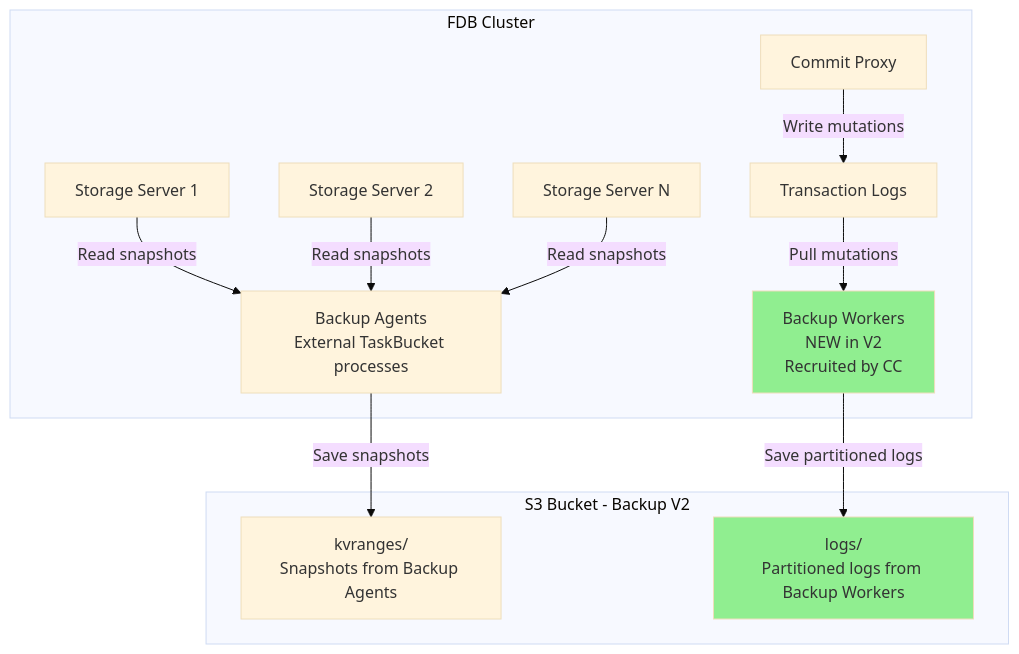
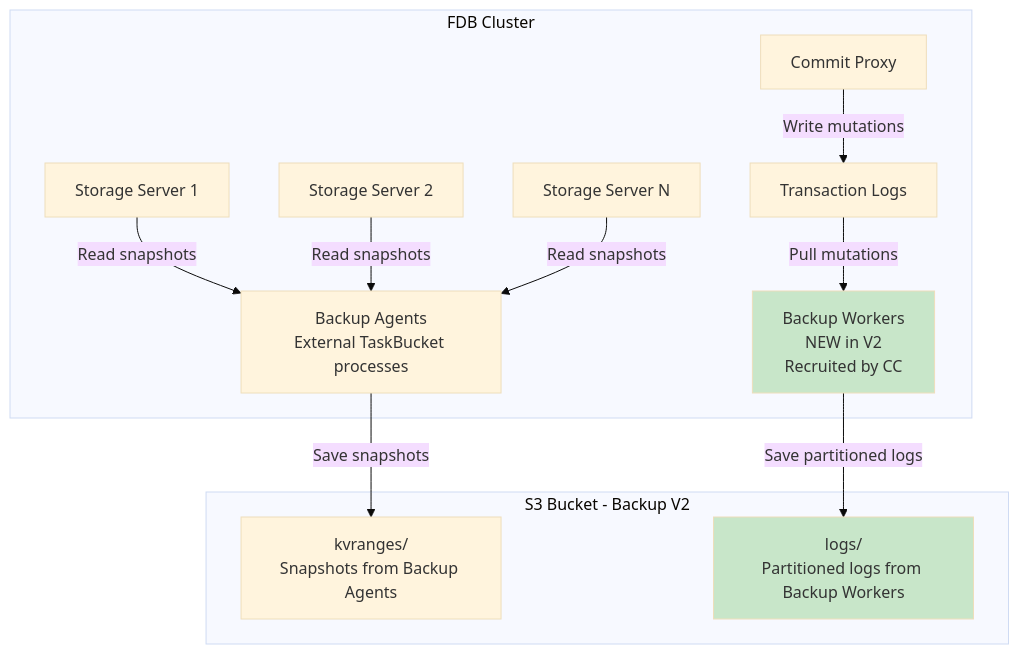
One commit to apple/foundationdb changed the first of 4 diagrams in design/bulkload-restore-integration.md. Above: the diagram before and after it, drawn with Mermaid (base theme). The commit also changed other lines of this file and 1 other file, not shown here.

````diff
--- a/design/bulkload-restore-integration.md
+++ b/design/bulkload-restore-integration.md
@@ -82,32 +82,32 @@
 ```mermaid
 graph TB
     subgraph FDB_Cluster["FDB Cluster"]
         SS1[Storage Server 1]
         SS2[Storage Server 2]
         SSN[Storage Server N]
         
         CP[Commit Proxy]
         TLog[Transaction Logs]
         
         BA["Backup Agents<br/>External TaskBucket processes"]
         BW["Backup Workers<br/>NEW in V2<br/>Recruited by CC"]
         
         SS1 -->|Read snapshots| BA
         SS2 -->|Read snapshots| BA
         SSN -->|Read snapshots| BA
         
         CP -->|Write mutations| TLog
         TLog -->|Pull mutations| BW
     end
     
     subgraph S3_V2["S3 Bucket - Backup V2"]
         RF["kvranges/<br/>Snapshots from Backup Agents"]
         ML["logs/<br/>Partitioned logs from Backup Workers"]
     end
     
     BA -->|Save snapshots| RF
     BW -->|Save partitioned logs| ML
     
-    style BW fill:#90EE90
-    style ML fill:#90EE90
+    style BW fill:#C8E6C9
+    style ML fill:#C8E6C9
 ```
````
